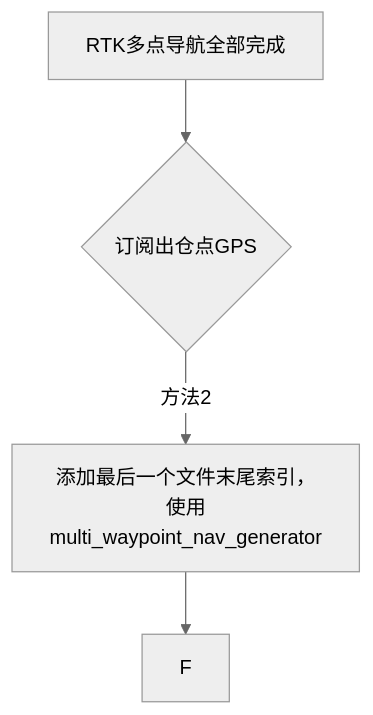
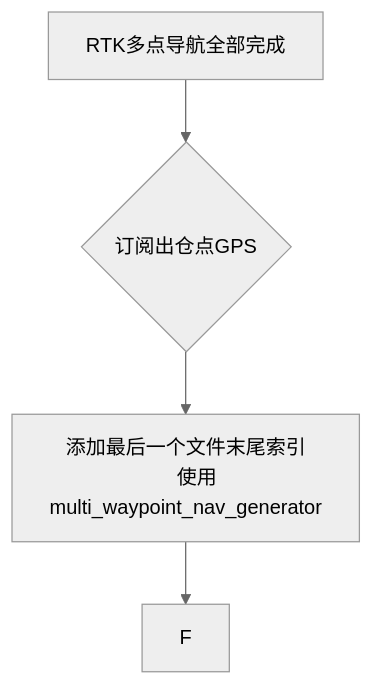
One commit to J123123-oss/robot_cleaning changed the second of 2 diagrams in README.md. Above: the diagram before and after it, drawn with Mermaid (neutral theme). The commit also changed other lines of this file and 9 other files, not shown here.

````diff
--- a/README.md
+++ b/README.md
@@ -76,6 +76,7 @@
 ```mermaid
 graph TD
     A[RTK多点导航全部完成] --> B{订阅出仓点GPS}
-    B --方法2--> D[添加最后一个文件末尾索引，使用multi_waypoint_nav_generator]
+    B --> D[添加最后一个文件末尾索引
+    使用multi_waypoint_nav_generator]
     D -->F
 ```
````
